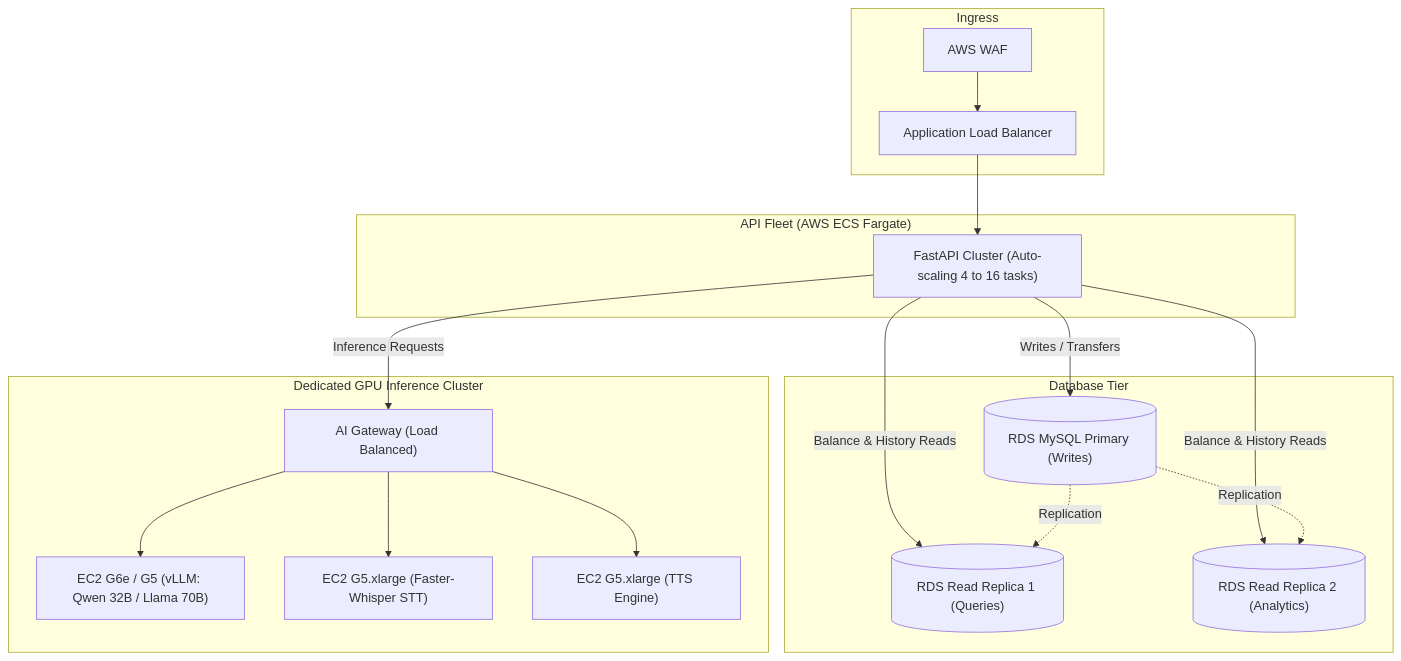
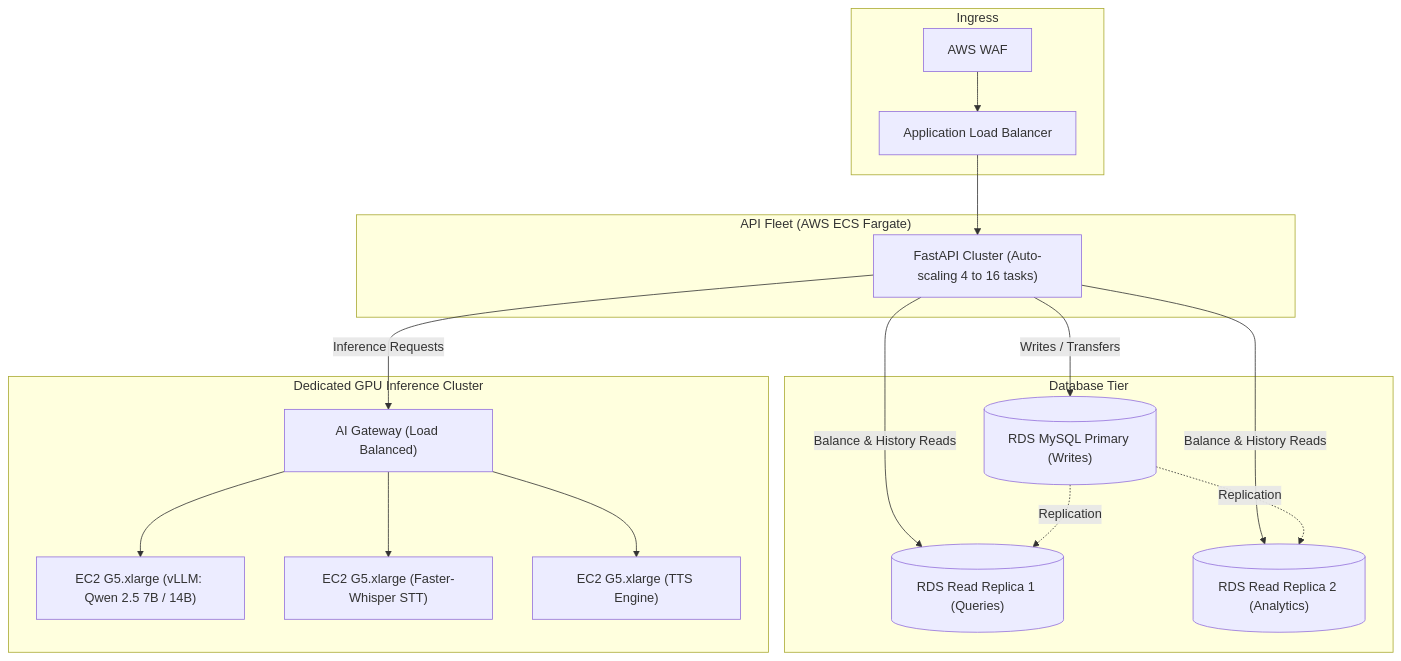
Before and after one commit to bikash-20/ML-fraud-detection-ai-fintech-platform: the fourth of 6 diagrams in docs/SCALING_ARCHITECTURE.md, drawn with Mermaid. The commit also changed other lines of this file, not shown here.

Commit message:
docs: standardize on Qwen 2.5 7B/14B as the optimal local AI model for voice FinTech

````diff
--- a/docs/SCALING_ARCHITECTURE.md
+++ b/docs/SCALING_ARCHITECTURE.md
@@ -201,31 +201,31 @@
 ```mermaid
 flowchart TD
     subgraph Ingress["Ingress"]
         WAF["AWS WAF"]
         ALB["Application Load Balancer"]
     end
 
     subgraph WebCluster["API Fleet (AWS ECS Fargate)"]
         API["FastAPI Cluster (Auto-scaling 4 to 16 tasks)"]
     end
 
     subgraph DBCluster["Database Tier"]
         RDS_W[("RDS MySQL Primary (Writes)")]
         RDS_R1[("RDS Read Replica 1 (Queries)")]
         RDS_R2[("RDS Read Replica 2 (Analytics)")]
     end
 
     subgraph GPUCluster["Dedicated GPU Inference Cluster"]
         AIGateway["AI Gateway (Load Balanced)"]
-        GPU1["EC2 G6e / G5 (vLLM: Qwen 32B / Llama 70B)"]
+        GPU1["EC2 G5.xlarge (vLLM: Qwen 2.5 7B / 14B)"]
         GPU2["EC2 G5.xlarge (Faster-Whisper STT)"]
         GPU3["EC2 G5.xlarge (TTS Engine)"]
     end
 
     WAF --> ALB --> API
     API -->|Writes / Transfers| RDS_W
     API -->|Balance & History Reads| RDS_R1 & RDS_R2
     RDS_W -.->|Replication| RDS_R1 & RDS_R2
     API -->|Inference Requests| AIGateway
     AIGateway --> GPU1 & GPU2 & GPU3
 ```
````
